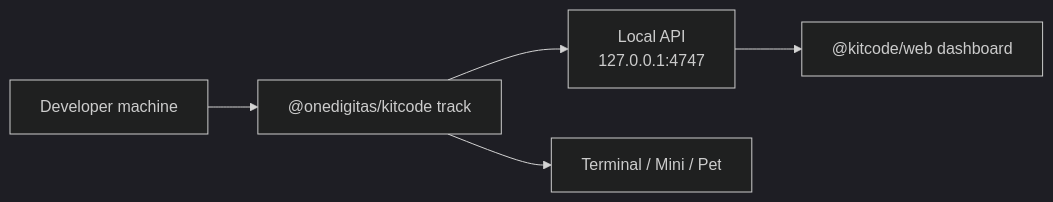
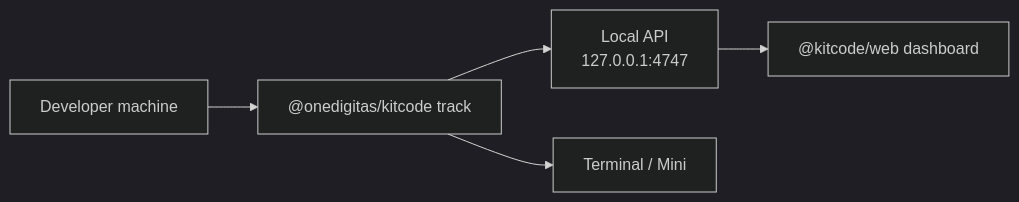
Before and after one commit to onedigitas/kit-code: the diagram in README.md, drawn with Mermaid (dark theme). The commit also changed other lines of this file and 11 other files, not shown here.

````diff
--- a/README.md
+++ b/README.md
@@ -253,7 +250,7 @@
 ```mermaid
 flowchart LR
   A["Developer machine"] --> B["@onedigitas/kitcode track"]
   B --> C["Local API\n127.0.0.1:4747"]
   C --> D["@kitcode/web dashboard"]
-  B --> E["Terminal / Mini / Pet"]
+  B --> E["Terminal / Mini"]
 ```
````
